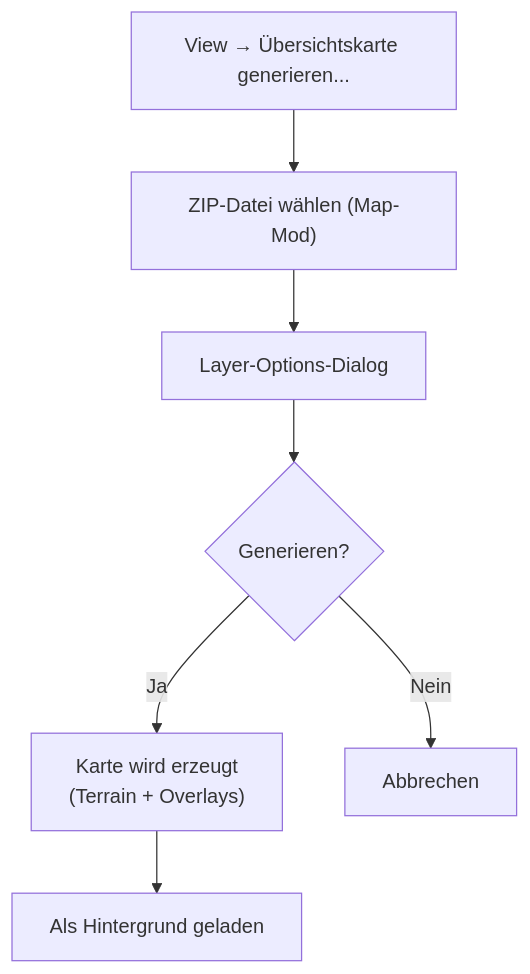
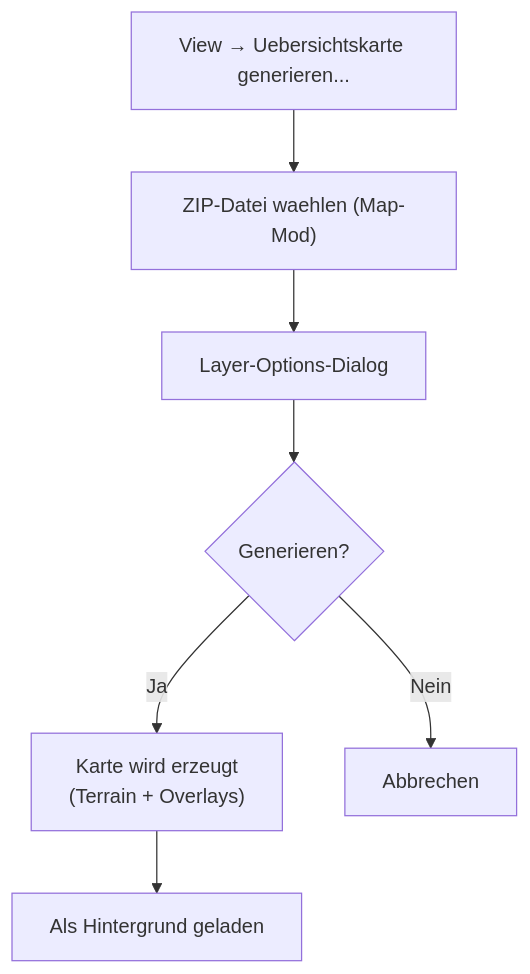
The second of 6 diagrams in docs/How-To-Use.md (mro68/fs25_ad_editor), drawn with Mermaid before and after one commit. The commit also changed other lines of this file and 219 other files, not shown here.

````diff
--- a/docs/How-To-Use.md
+++ b/docs/How-To-Use.md
@@ -502,9 +502,9 @@
 ```mermaid
 flowchart TD
-    A["View → Übersichtskarte generieren..."] --> B["ZIP-Datei wählen (Map-Mod)"]
+    A["View → Uebersichtskarte generieren..."] --> B["ZIP-Datei waehlen (Map-Mod)"]
     B --> C["Layer-Options-Dialog"]
     C --> D{"Generieren?"}
     D -- Ja --> E["Karte wird erzeugt\n(Terrain + Overlays)"]
     E --> F["Als Hintergrund geladen"]
     D -- Nein --> G["Abbrechen"]
 ```
````
